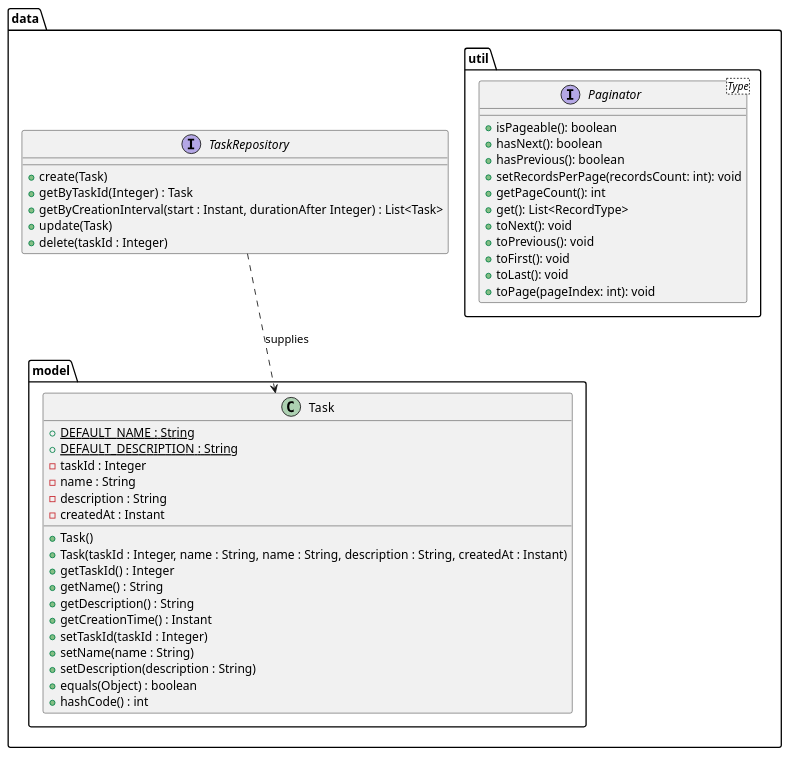
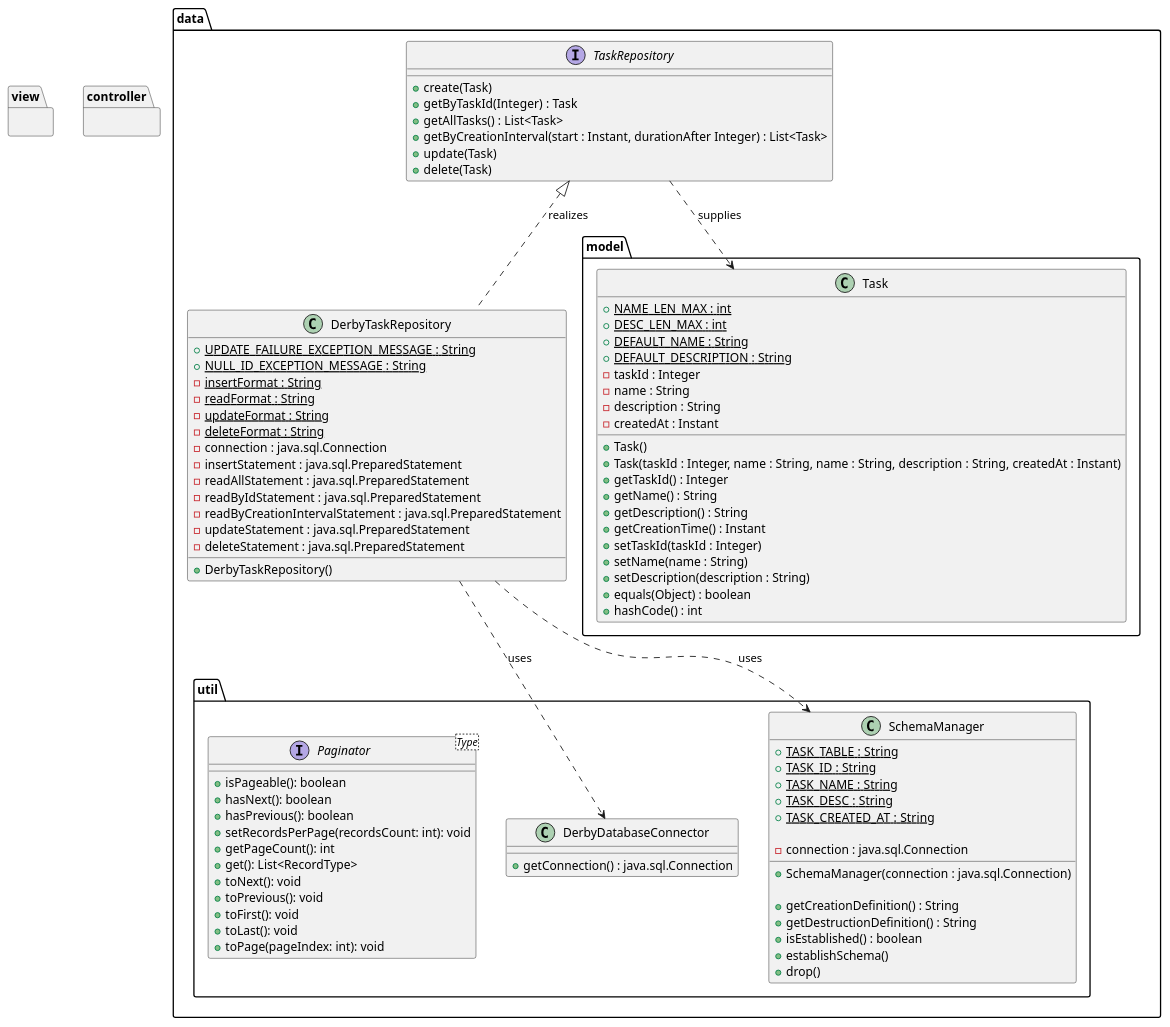
One commit to AhmdSkr/task-manager-client changed the diagram in src/main/java/com/rakkiz/taskmanagerclient/Task-Manager-Client-Class-Diagram.puml. Above: the diagram before and after it, drawn with PlantUML.

Commit message:
Task-Manager-Client Class Diagram Modification

```diff
--- a/src/main/java/com/rakkiz/taskmanagerclient/Task-Manager-Client-Class-Diagram.puml
+++ b/src/main/java/com/rakkiz/taskmanagerclient/Task-Manager-Client-Class-Diagram.puml
@@ -1,55 +1,100 @@
 @startuml
 'https://plantuml.com/class-diagram
 
 package data {
 
     package model {
         class Task {
+            + {static} NAME_LEN_MAX : int
+            + {static} DESC_LEN_MAX : int
             + {static} DEFAULT_NAME : String
             + {static} DEFAULT_DESCRIPTION : String
             - taskId : Integer
             - name : String
             - description : String
             - createdAt : Instant
             + Task()
             + Task(taskId : Integer, name : String, name : String, description : String, createdAt : Instant)
             + getTaskId() : Integer
             + getName() : String
             + getDescription() : String
             + getCreationTime() : Instant
             + setTaskId(taskId : Integer)
             + setName(name : String)
             + setDescription(description : String)
             + equals(Object) : boolean
             + hashCode() : int
         }
     }
     package util {
+        class DerbyDatabaseConnector {
+            + getConnection() : java.sql.Connection
+        }
+        class SchemaManager {
+            + {static} TASK_TABLE : String
+            + {static} TASK_ID : String
+            + {static} TASK_NAME : String
+            + {static} TASK_DESC : String
+            + {static} TASK_CREATED_AT : String
+
+            - connection : java.sql.Connection
+
+            + SchemaManager(connection : java.sql.Connection)
+
+            + getCreationDefinition() : String
+            + getDestructionDefinition() : String
+            + isEstablished() : boolean
+            + establishSchema()
+            + drop()
+
+        }
 
         interface Paginator<Type> {
             + isPageable(): boolean
             + hasNext(): boolean
             + hasPrevious(): boolean
             + setRecordsPerPage(recordsCount: int): void
             + getPageCount(): int
             + get(): List<RecordType>
             + toNext(): void
             + toPrevious(): void
             + toFirst(): void
             + toLast(): void
             + toPage(pageIndex: int): void
         }
 
     }
 
     interface TaskRepository {
         + create(Task)
         + getByTaskId(Integer) : Task
+        + getAllTasks() : List<Task>
         + getByCreationInterval(start : Instant, durationAfter Integer) : List<Task>
         + update(Task)
-        + delete(taskId : Integer)
+        + delete(Task)
     }
     TaskRepository ..> Task : supplies
 
+    class DerbyTaskRepository {
+        + {static} UPDATE_FAILURE_EXCEPTION_MESSAGE : String
+        + {static} NULL_ID_EXCEPTION_MESSAGE : String
+        - {static} insertFormat : String
+        - {static} readFormat : String
+        - {static} updateFormat : String
+        - {static} deleteFormat : String
+        - connection : java.sql.Connection
+        - insertStatement : java.sql.PreparedStatement
+        - readAllStatement : java.sql.PreparedStatement
+        - readByIdStatement : java.sql.PreparedStatement
+        - readByCreationIntervalStatement : java.sql.PreparedStatement
+        - updateStatement : java.sql.PreparedStatement
+        - deleteStatement : java.sql.PreparedStatement
+        + DerbyTaskRepository()
+    }
+    TaskRepository <|.. DerbyTaskRepository : realizes
+    DerbyTaskRepository ..> SchemaManager : uses
+    DerbyTaskRepository ..> DerbyDatabaseConnector : uses
 }
+package view {}
+package controller {}
 @enduml
```
